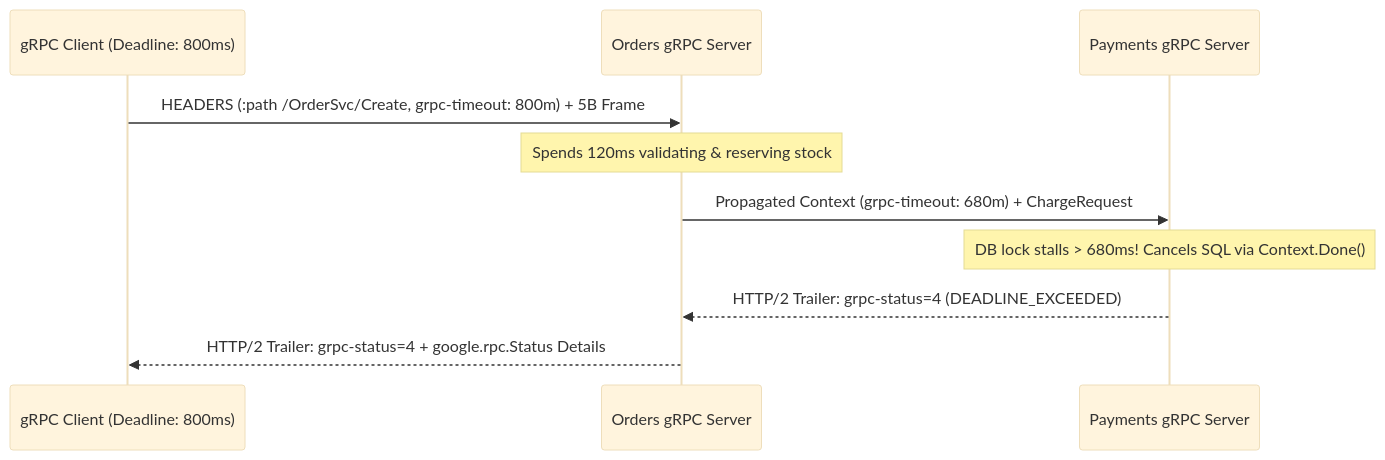
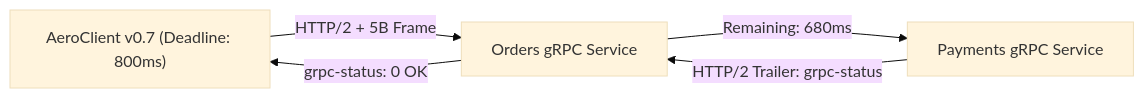
The diagram in knowledgebase/04-api-and-api-automation/07-grpc-protobuf-framing-and-deadlines.md (manjunathk833/codingforinterviews), drawn with Mermaid (base theme) before and after one commit. The commit also changed other lines of this file and 55 other files, not shown here.

````diff
--- a/knowledgebase/04-api-and-api-automation/07-grpc-protobuf-framing-and-deadlines.md
+++ b/knowledgebase/04-api-and-api-automation/07-grpc-protobuf-framing-and-deadlines.md
@@ -67,13 +97,7 @@
 ```mermaid
-sequenceDiagram
-  participant Edge as gRPC Client (Deadline: 800ms)
-  participant Ord as Orders gRPC Server
-  participant Pay as Payments gRPC Server
-
-  Edge->>Ord: HEADERS (:path /OrderSvc/Create, grpc-timeout: 800m) + 5B Frame
-  Note over Ord: Spends 120ms validating & reserving stock
-  Ord->>Pay: Propagated Context (grpc-timeout: 680m) + ChargeRequest
-  Note over Pay: DB lock stalls > 680ms! Cancels SQL via Context.Done()
-  Pay-->>Ord: HTTP/2 Trailer: grpc-status=4 (DEADLINE_EXCEEDED)
-  Ord-->>Edge: HTTP/2 Trailer: grpc-status=4 + google.rpc.Status Details
+flowchart LR
+  Client["AeroClient v0.7 (Deadline: 800ms)"] -->|HTTP/2 + 5B Frame| Ord["Orders gRPC Service"]
+  Ord -->|Remaining: 680ms| Pay["Payments gRPC Service"]
+  Pay -->|HTTP/2 Trailer: grpc-status| Ord
+  Ord -->|grpc-status: 0 OK| Client
 ```
````
